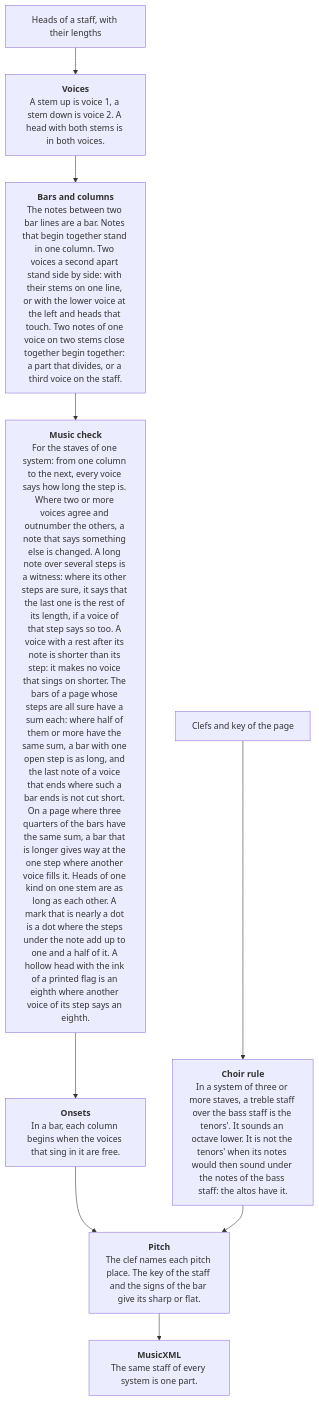
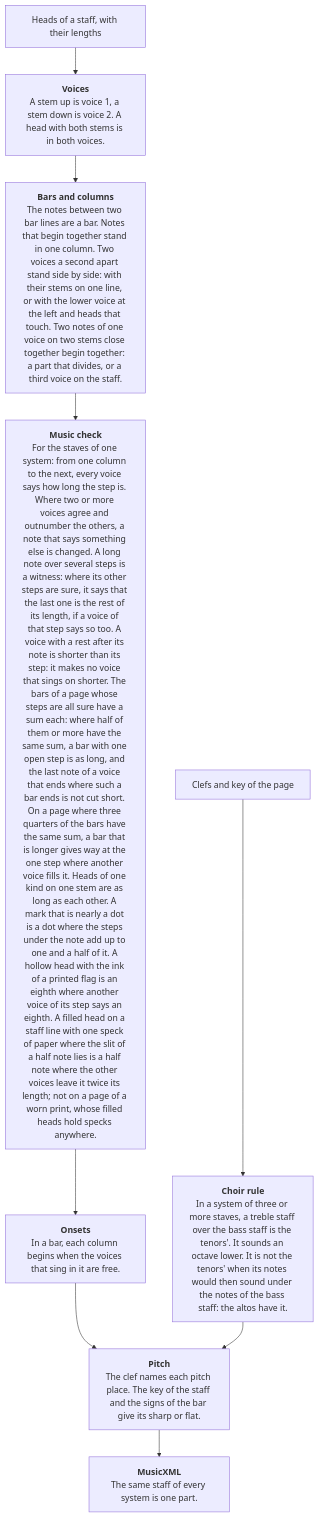
The ninth of 12 diagrams in README.md (sweet-cicero/ScoreReader), drawn with Mermaid before and after one commit. The commit also changed other lines of this file and 5 other files, not shown here.

First line of the commit message:
Round 29: a half note and a whole note on a line with one speck, a bow that ends in a staff line

````diff
--- a/README.md
+++ b/README.md
@@ -263,11 +263,11 @@
 ```mermaid
 flowchart TD
     heads["Heads of a staff, with their lengths"] --> voices["<b>Voices</b><br/>A stem up is voice 1, a stem down is voice 2. A head with both stems is in both voices."]
     voices --> columns["<b>Bars and columns</b><br/>The notes between two bar lines are a bar. Notes that begin together stand in one column. Two voices a second apart stand side by side: with their stems on one line, or with the lower voice at the left and heads that touch. Two notes of one voice on two stems close together begin together: a part that divides, or a third voice on the staff."]
-    columns --> check["<b>Music check</b><br/>For the staves of one system: from one column to the next, every voice says how long the step is. Where two or more voices agree and outnumber the others, a note that says something else is changed. A long note over several steps is a witness: where its other steps are sure, it says that the last one is the rest of its length, if a voice of that step says so too. A voice with a rest after its note is shorter than its step: it makes no voice that sings on shorter. The bars of a page whose steps are all sure have a sum each: where half of them or more have the same sum, a bar with one open step is as long, and the last note of a voice that ends where such a bar ends is not cut short. On a page where three quarters of the bars have the same sum, a bar that is longer gives way at the one step where another voice fills it. Heads of one kind on one stem are as long as each other. A mark that is nearly a dot is a dot where the steps under the note add up to one and a half of it. A hollow head with the ink of a printed flag is an eighth where another voice of its step says an eighth."]
+    columns --> check["<b>Music check</b><br/>For the staves of one system: from one column to the next, every voice says how long the step is. Where two or more voices agree and outnumber the others, a note that says something else is changed. A long note over several steps is a witness: where its other steps are sure, it says that the last one is the rest of its length, if a voice of that step says so too. A voice with a rest after its note is shorter than its step: it makes no voice that sings on shorter. The bars of a page whose steps are all sure have a sum each: where half of them or more have the same sum, a bar with one open step is as long, and the last note of a voice that ends where such a bar ends is not cut short. On a page where three quarters of the bars have the same sum, a bar that is longer gives way at the one step where another voice fills it. Heads of one kind on one stem are as long as each other. A mark that is nearly a dot is a dot where the steps under the note add up to one and a half of it. A hollow head with the ink of a printed flag is an eighth where another voice of its step says an eighth. A filled head on a staff line with one speck of paper where the slit of a half note lies is a half note where the other voices leave it twice its length; not on a page of a worn print, whose filled heads hold specks anywhere."]
     check --> onsets["<b>Onsets</b><br/>In a bar, each column begins when the voices that sing in it are free."]
     onsets --> pitch["<b>Pitch</b><br/>The clef names each pitch place. The key of the staff and the signs of the bar give its sharp or flat."]
     clefs["Clefs and key of the page"] --> tenor["<b>Choir rule</b><br/>In a system of three or more staves, a treble staff over the bass staff is the tenors'. It sounds an octave lower. It is not the tenors' when its notes would then sound under the notes of the bass staff: the altos have it."]
     tenor --> pitch
     pitch --> xml["<b>MusicXML</b><br/>The same staff of every system is one part."]
 ```
````
